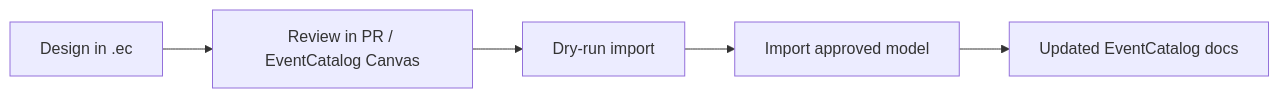
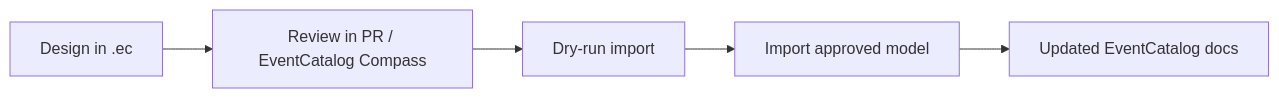
Before and after one commit to event-catalog/eventcatalog: the diagram in packages/language-server/docs/src/content/docs/guides/from-design-to-documentation.md, drawn with Mermaid. The commit also changed other lines of this file and 151 other files, not shown here.

````diff
--- a/packages/language-server/docs/src/content/docs/guides/from-design-to-documentation.md
+++ b/packages/language-server/docs/src/content/docs/guides/from-design-to-documentation.md
@@ -8,7 +8,7 @@
 ```mermaid
 flowchart LR
-  A[Design in .ec] --> B[Review in PR / EventCatalog Canvas]
+  A[Design in .ec] --> B[Review in PR / EventCatalog Compass]
   B --> C[Dry-run import]
   C --> D[Import approved model]
   D --> E[Updated EventCatalog docs]
 ```
````
